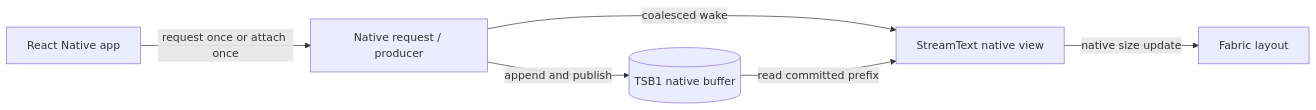
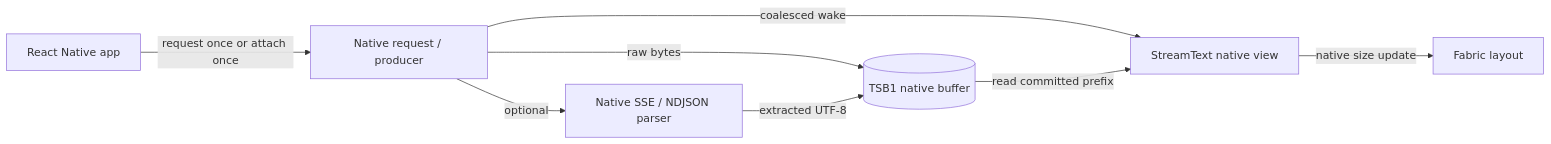
The diagram in docs/architecture.md (pioner92/react-native-text-stream), drawn with Mermaid before and after one commit. The commit also changed other lines of this file and 37 other files, not shown here.

Commit message:
feat: parse SSE and NDJSON natively with provider text extraction

````diff
--- a/docs/architecture.md
+++ b/docs/architecture.md
@@ -9,8 +9,10 @@
 ```mermaid
 flowchart LR
   A[React Native app] -->|request once or attach once| B[Native request / producer]
-  B -->|append and publish| C[(TSB1 native buffer)]
+  B -->|raw bytes| C[(TSB1 native buffer)]
+  B -->|optional| P[Native SSE / NDJSON parser]
+  P -->|extracted UTF-8| C
   B -->|coalesced wake| D[StreamText native view]
   C -->|read committed prefix| D
   D -->|native size update| E[Fabric layout]
 ```
````
